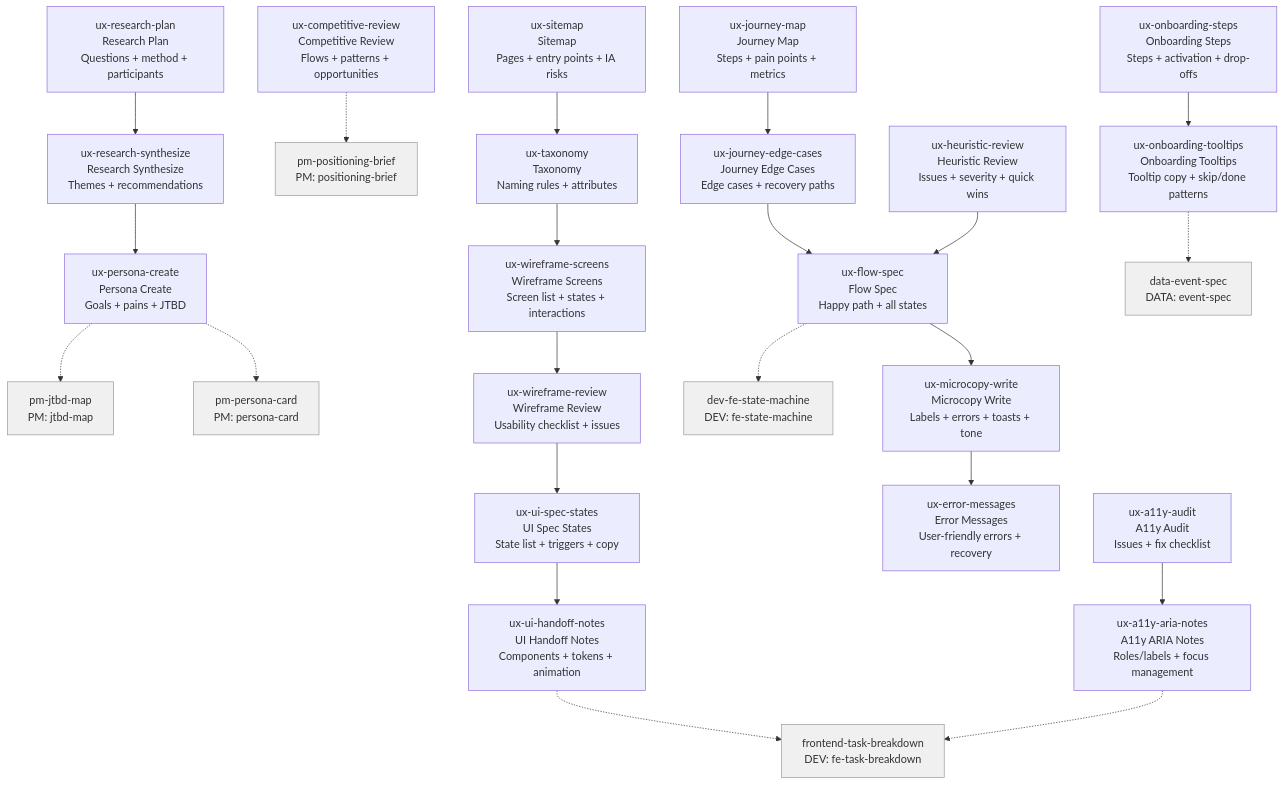
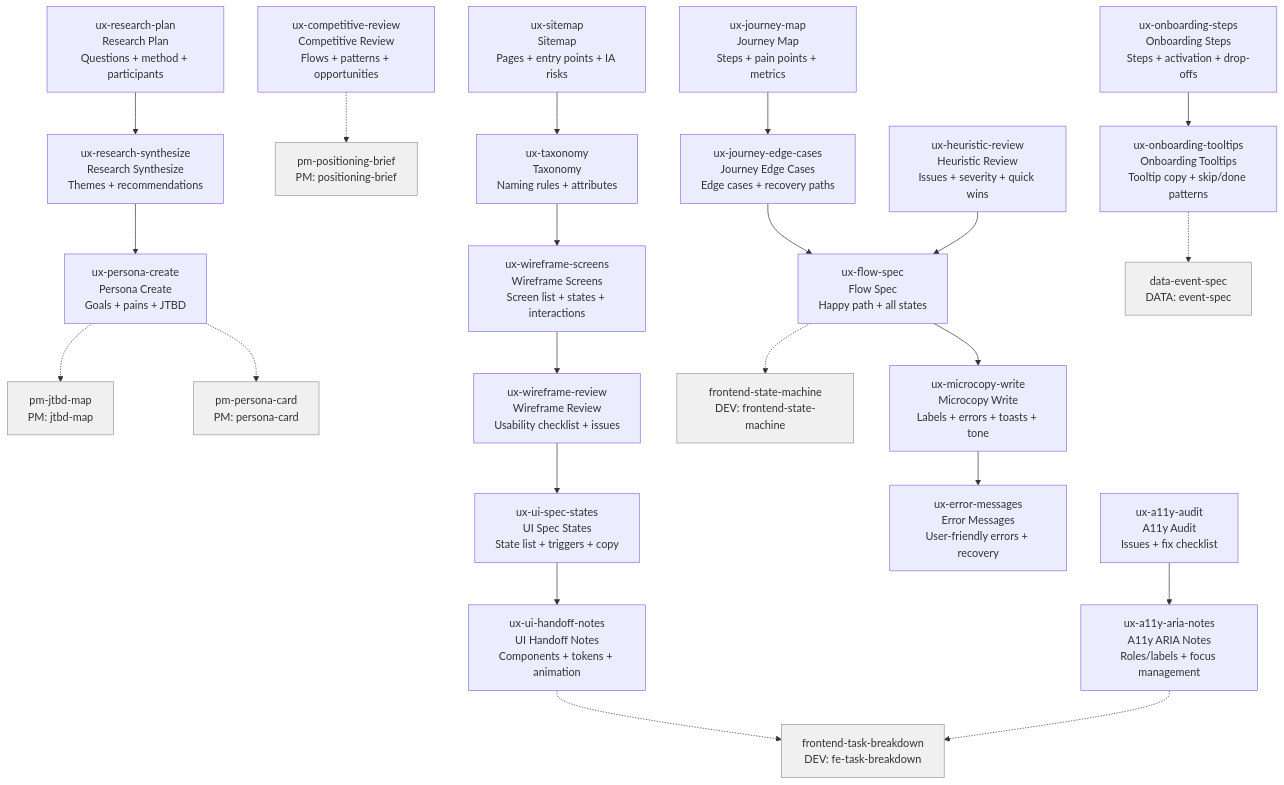
Before and after one commit to parhumm/jaan-to: the diagram in docs/roadmap/tasks/role-skills/ux.md, drawn with Mermaid. The commit also changed other lines of this file and 16 other files, not shown here.

First line of the commit message:
fix(docs): align specs and roadmap tasks to {id}-{slug}.md filename convention

````diff
--- a/docs/roadmap/tasks/role-skills/ux.md
+++ b/docs/roadmap/tasks/role-skills/ux.md
@@ -14,31 +14,31 @@
 ```mermaid
 flowchart TD
     jaan-to-ux-research-plan["ux-research-plan<br>Research Plan<br>Questions + method + participants"] --> ux-research-synthesize["ux-research-synthesize<br>Research Synthesize<br>Themes + recommendations"]
     ux-research-synthesize["ux-research-synthesize<br>Research Synthesize<br>Themes + recommendations"] --> jaan-to-ux-persona-create["ux-persona-create<br>Persona Create<br>Goals + pains + JTBD"]
     jaan-to-ux-persona-create["ux-persona-create<br>Persona Create<br>Goals + pains + JTBD"] -.-> jaan-to-pm-jtbd-map["pm-jtbd-map<br>PM: jtbd-map"]
     jaan-to-ux-persona-create["ux-persona-create<br>Persona Create<br>Goals + pains + JTBD"] -.-> jaan-to-pm-persona-card["pm-persona-card<br>PM: persona-card"]
     jaan-to-ux-competitive-review["ux-competitive-review<br>Competitive Review<br>Flows + patterns + opportunities"] -.-> jaan-to-pm-positioning-brief["pm-positioning-brief<br>PM: positioning-brief"]
     jaan-to-ux-journey-map["ux-journey-map<br>Journey Map<br>Steps + pain points + metrics"] --> jaan-to-ux-journey-edge-cases["ux-journey-edge-cases<br>Journey Edge Cases<br>Edge cases + recovery paths"]
     jaan-to-ux-journey-edge-cases["ux-journey-edge-cases<br>Journey Edge Cases<br>Edge cases + recovery paths"] --> jaan-to-ux-flow-spec["ux-flow-spec<br>Flow Spec<br>Happy path + all states"]
     jaan-to-ux-flow-spec["ux-flow-spec<br>Flow Spec<br>Happy path + all states"] --> ux-microcopy-write["ux-microcopy-write<br>Microcopy Write<br>Labels + errors + toasts + tone"]
-    jaan-to-ux-flow-spec["ux-flow-spec<br>Flow Spec<br>Happy path + all states"] -.-> jaan-to-dev-fe-state-machine["dev-fe-state-machine<br>DEV: fe-state-machine"]
+    jaan-to-ux-flow-spec["ux-flow-spec<br>Flow Spec<br>Happy path + all states"] -.-> jaan-to-frontend-state-machine["frontend-state-machine<br>DEV: frontend-state-machine"]
     jaan-to-ux-heuristic-review["ux-heuristic-review<br>Heuristic Review<br>Issues + severity + quick wins"] --> jaan-to-ux-flow-spec["ux-flow-spec<br>Flow Spec<br>Happy path + all states"]
     jaan-to-ux-sitemap["ux-sitemap<br>Sitemap<br>Pages + entry points + IA risks"] --> jaan-to-ux-taxonomy["ux-taxonomy<br>Taxonomy<br>Naming rules + attributes"]
     jaan-to-ux-taxonomy["ux-taxonomy<br>Taxonomy<br>Naming rules + attributes"] --> jaan-to-ux-wireframe-screens["ux-wireframe-screens<br>Wireframe Screens<br>Screen list + states + interactions"]
     jaan-to-ux-wireframe-screens["ux-wireframe-screens<br>Wireframe Screens<br>Screen list + states + interactions"] --> jaan-to-ux-wireframe-review["ux-wireframe-review<br>Wireframe Review<br>Usability checklist + issues"]
     jaan-to-ux-wireframe-review["ux-wireframe-review<br>Wireframe Review<br>Usability checklist + issues"] --> jaan-to-ux-ui-spec-states["ux-ui-spec-states<br>UI Spec States<br>State list + triggers + copy"]
     jaan-to-ux-ui-spec-states["ux-ui-spec-states<br>UI Spec States<br>State list + triggers + copy"] --> jaan-to-ux-ui-handoff-notes["ux-ui-handoff-notes<br>UI Handoff Notes<br>Components + tokens + animation"]
     jaan-to-ux-ui-handoff-notes["ux-ui-handoff-notes<br>UI Handoff Notes<br>Components + tokens + animation"] -.-> frontend-task-breakdown["frontend-task-breakdown<br>DEV: fe-task-breakdown"]
     ux-microcopy-write["ux-microcopy-write<br>Microcopy Write<br>Labels + errors + toasts + tone"] --> jaan-to-ux-error-messages["ux-error-messages<br>Error Messages<br>User-friendly errors + recovery"]
     jaan-to-ux-a11y-audit["ux-a11y-audit<br>A11y Audit<br>Issues + fix checklist"] --> jaan-to-ux-a11y-aria-notes["ux-a11y-aria-notes<br>A11y ARIA Notes<br>Roles/labels + focus management"]
     jaan-to-ux-a11y-aria-notes["ux-a11y-aria-notes<br>A11y ARIA Notes<br>Roles/labels + focus management"] -.-> frontend-task-breakdown["frontend-task-breakdown<br>DEV: fe-task-breakdown"]
     jaan-to-ux-onboarding-steps["ux-onboarding-steps<br>Onboarding Steps<br>Steps + activation + drop-offs"] --> jaan-to-ux-onboarding-tooltips["ux-onboarding-tooltips<br>Onboarding Tooltips<br>Tooltip copy + skip/done patterns"]
     jaan-to-ux-onboarding-tooltips["ux-onboarding-tooltips<br>Onboarding Tooltips<br>Tooltip copy + skip/done patterns"] -.-> jaan-to-data-event-spec["data-event-spec<br>DATA: event-spec"]
 
     style jaan-to-pm-jtbd-map fill:#f0f0f0,stroke:#999
     style jaan-to-pm-persona-card fill:#f0f0f0,stroke:#999
     style jaan-to-pm-positioning-brief fill:#f0f0f0,stroke:#999
-    style jaan-to-dev-fe-state-machine fill:#f0f0f0,stroke:#999
+    style jaan-to-frontend-state-machine fill:#f0f0f0,stroke:#999
     style frontend-task-breakdown fill:#f0f0f0,stroke:#999
     style jaan-to-data-event-spec fill:#f0f0f0,stroke:#999
 ```
````
